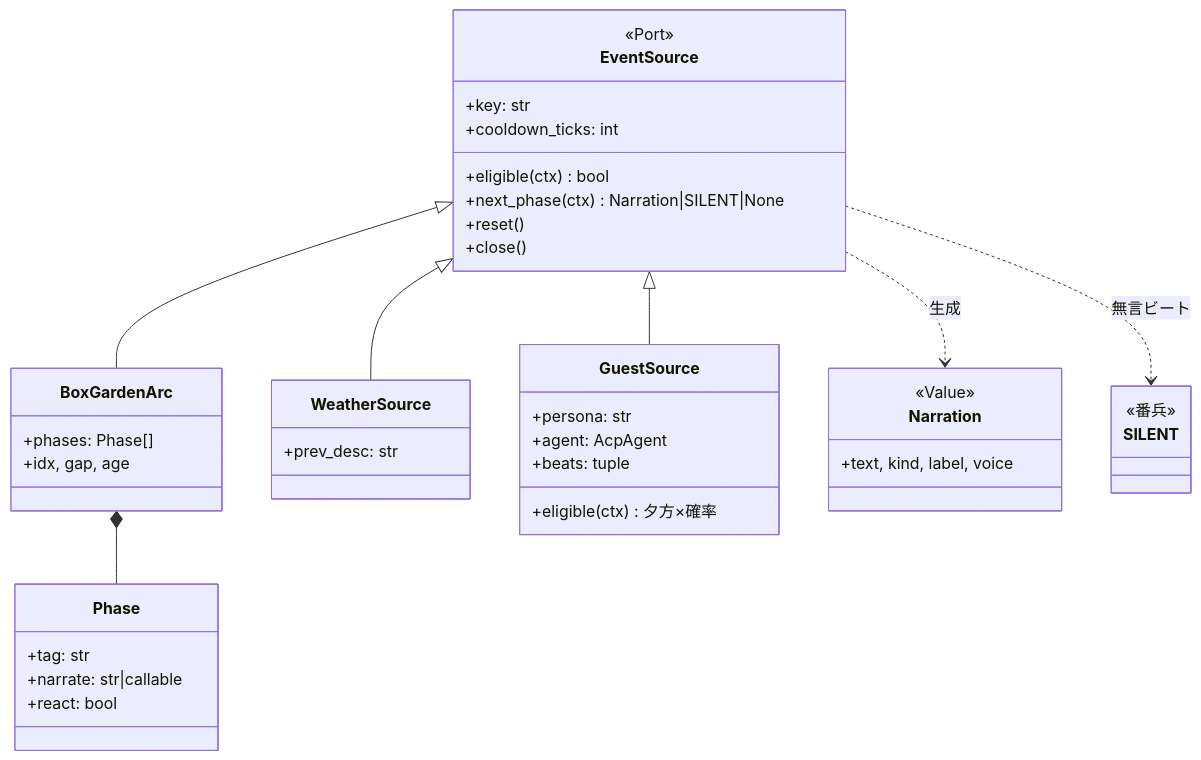
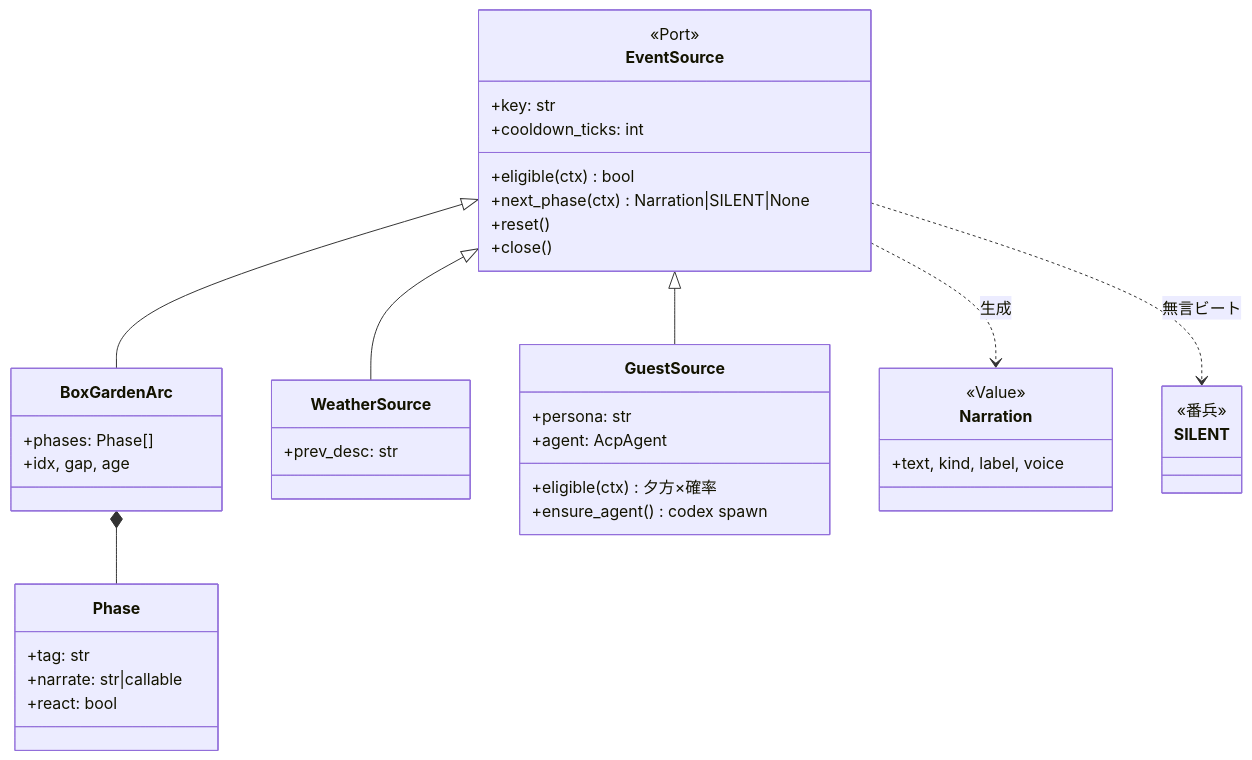
The fourth of 7 diagrams in docs/class-diagram.md (NiteC-a11y/Engawa), drawn with Mermaid before and after one commit. The commit also changed other lines of this file, not shown here.

First line of the commit message:
docs(arch): クラス図を A1/A2 後の構成へ更新

````diff
--- a/docs/class-diagram.md
+++ b/docs/class-diagram.md
@@ -153,52 +153,52 @@
 ```mermaid
 classDiagram
     direction TB
 
     class EventSource {
         <<Port>>
         +key: str
         +cooldown_ticks: int
         +eligible(ctx) bool
         +next_phase(ctx) Narration|SILENT|None
         +reset()
         +close()
     }
 
     class BoxGardenArc {
         +phases: Phase[]
         +idx, gap, age
     }
 
     class WeatherSource {
         +prev_desc: str
     }
 
     class GuestSource {
         +persona: str
         +agent: AcpAgent
-        +beats: tuple
         +eligible(ctx) 夕方×確率
+        +ensure_agent() codex spawn
     }
 
     class Phase {
         +tag: str
         +narrate: str|callable
         +react: bool
     }
 
     class Narration {
         <<Value>>
         +text, kind, label, voice
     }
 
     class SILENT {
         <<番兵>>
     }
 
     EventSource <|-- BoxGardenArc
     EventSource <|-- WeatherSource
     EventSource <|-- GuestSource
     BoxGardenArc *-- Phase
     EventSource ..> Narration : 生成
     EventSource ..> SILENT : 無言ビート
 ```
````
